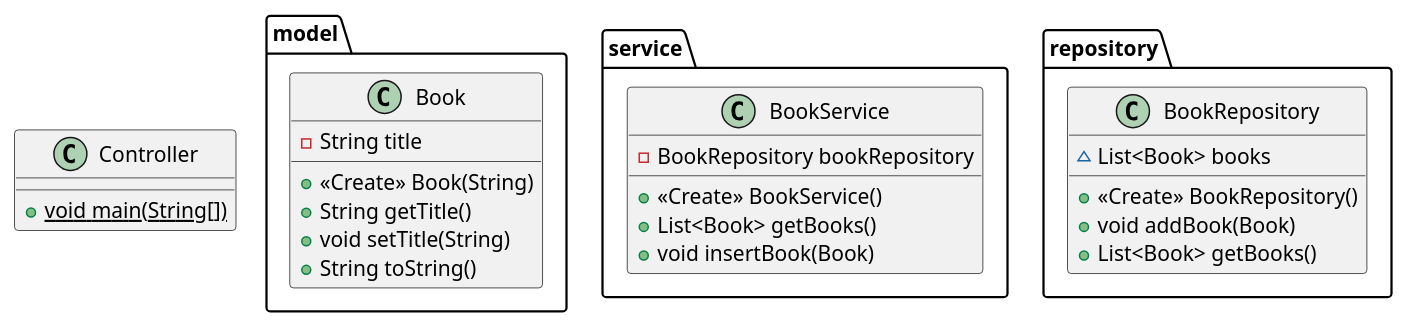
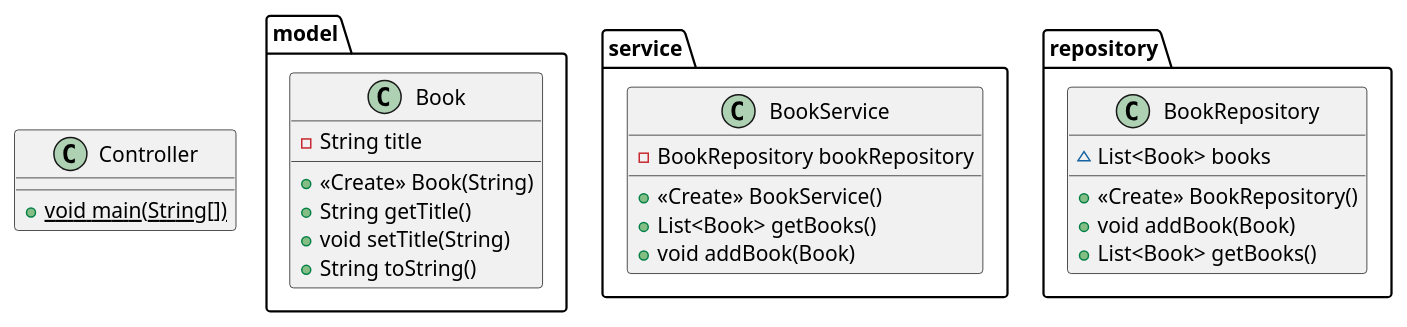
One commit to BramLab/IntecPunt changed the diagram in src/uml/IntecPuntClassDiagramGenerated.puml. Above: the diagram before and after it, drawn with PlantUML. The commit also changed 3 other files, not shown here.

```diff
--- a/src/uml/IntecPuntClassDiagramGenerated.puml
+++ b/src/uml/IntecPuntClassDiagramGenerated.puml
@@ -1,31 +1,31 @@
 @startuml
 class Controller {
 + {static} void main(String[])
 }
 
 class model.Book {
 - String title
 + <<Create>> Book(String)
 + String getTitle()
 + void setTitle(String)
 + String toString()
 }
 
 
 class service.BookService {
 - BookRepository bookRepository
 + <<Create>> BookService()
 + List<Book> getBooks()
-+ void insertBook(Book)
++ void addBook(Book)
 }
 
 
 class repository.BookRepository {
 ~ List<Book> books
 + <<Create>> BookRepository()
 + void addBook(Book)
 + List<Book> getBooks()
 }
 
 
 @enduml
```
